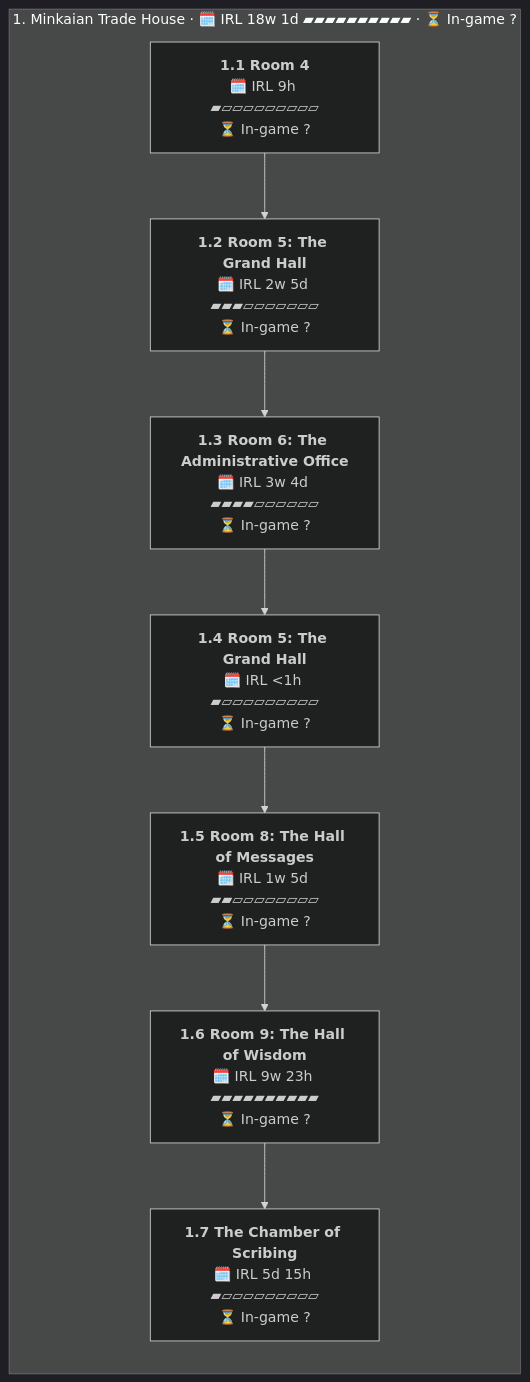
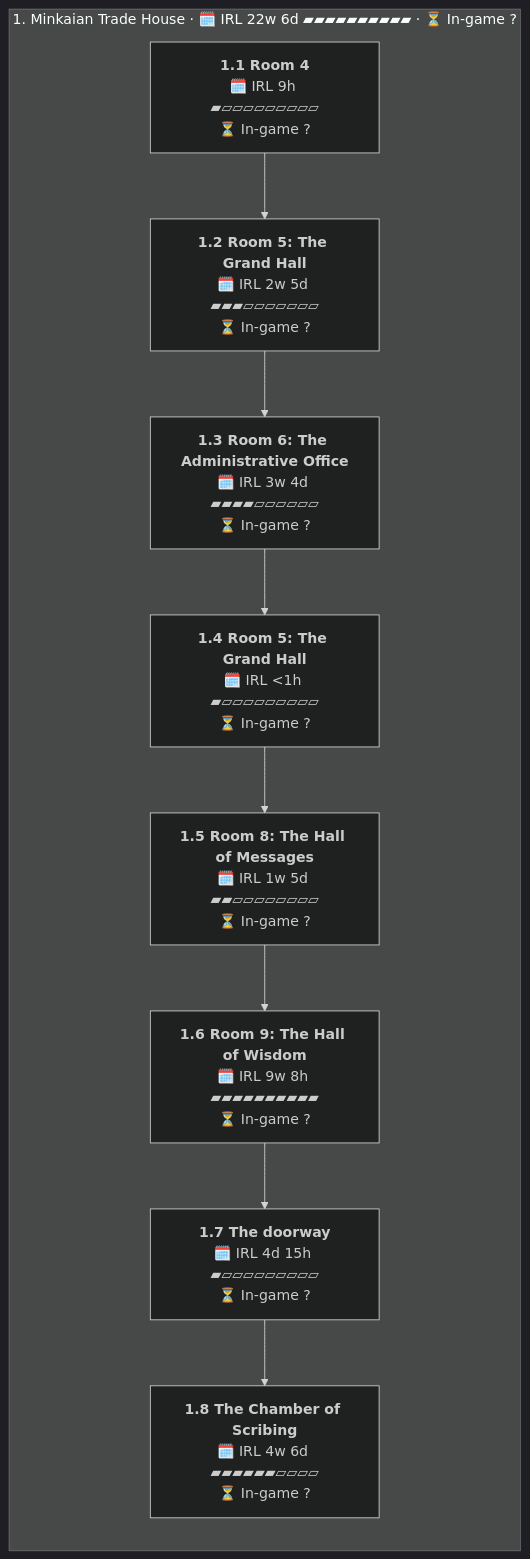
One commit to LewisIsWorking/PathWarsWiki changed the diagram in Writerside/topics/C04-The-Magni-Guard/C04-Magni-Guard-Timeline.md. Above: the diagram before and after it, drawn with Mermaid (dark theme). The commit also changed other lines of this file and 4 other files, not shown here.

First line of the commit message:
Campaign timeline: claude CLI backend so it runs in the cloud session; C04 refreshed

````diff
--- a/Writerside/topics/C04-The-Magni-Guard/C04-Magni-Guard-Timeline.md
+++ b/Writerside/topics/C04-The-Magni-Guard/C04-Magni-Guard-Timeline.md
@@ -8,19 +8,21 @@
 ```mermaid
 flowchart TD
-    subgraph a0["1. Minkaian Trade House · 🗓️ IRL 18w 1d ▰▰▰▰▰▰▰▰▰▰ · ⏳ In-game ?"]
+    subgraph a0["1. Minkaian Trade House · 🗓️ IRL 22w 6d ▰▰▰▰▰▰▰▰▰▰ · ⏳ In-game ?"]
     direction TB
         v0["<b>1.1 Room 4</b><br/>🗓️ IRL 9h ▰▱▱▱▱▱▱▱▱▱<br/>⏳ In-game ?"]
         v1["<b>1.2 Room 5: The Grand Hall</b><br/>🗓️ IRL 2w 5d ▰▰▰▱▱▱▱▱▱▱<br/>⏳ In-game ?"]
         v2["<b>1.3 Room 6: The Administrative Office</b><br/>🗓️ IRL 3w 4d ▰▰▰▰▱▱▱▱▱▱<br/>⏳ In-game ?"]
         v3["<b>1.4 Room 5: The Grand Hall</b><br/>🗓️ IRL <1h ▰▱▱▱▱▱▱▱▱▱<br/>⏳ In-game ?"]
         v4["<b>1.5 Room 8: The Hall of Messages</b><br/>🗓️ IRL 1w 5d ▰▰▱▱▱▱▱▱▱▱<br/>⏳ In-game ?"]
-        v5["<b>1.6 Room 9: The Hall of Wisdom</b><br/>🗓️ IRL 9w 23h ▰▰▰▰▰▰▰▰▰▰<br/>⏳ In-game ?"]
-        v6["<b>1.7 The Chamber of Scribing</b><br/>🗓️ IRL 5d 15h ▰▱▱▱▱▱▱▱▱▱<br/>⏳ In-game ?"]
+        v5["<b>1.6 Room 9: The Hall of Wisdom</b><br/>🗓️ IRL 9w 8h ▰▰▰▰▰▰▰▰▰▰<br/>⏳ In-game ?"]
+        v6["<b>1.7 The doorway</b><br/>🗓️ IRL 4d 15h ▰▱▱▱▱▱▱▱▱▱<br/>⏳ In-game ?"]
+        v7["<b>1.8 The Chamber of Scribing</b><br/>🗓️ IRL 4w 6d ▰▰▰▰▰▰▱▱▱▱<br/>⏳ In-game ?"]
     end
     v0 --> v1
     v1 --> v2
     v2 --> v3
     v3 --> v4
     v4 --> v5
     v5 --> v6
+    v6 --> v7
 ```
````
